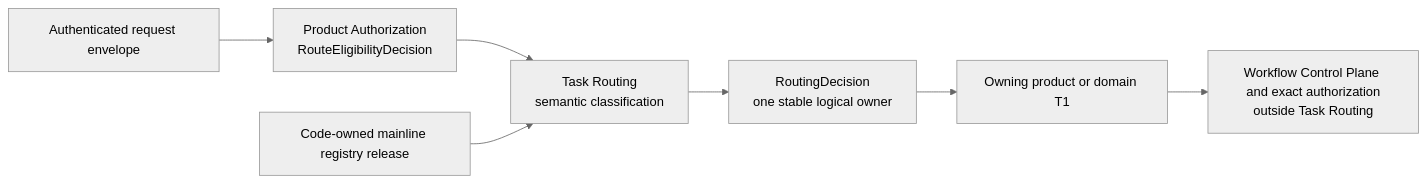
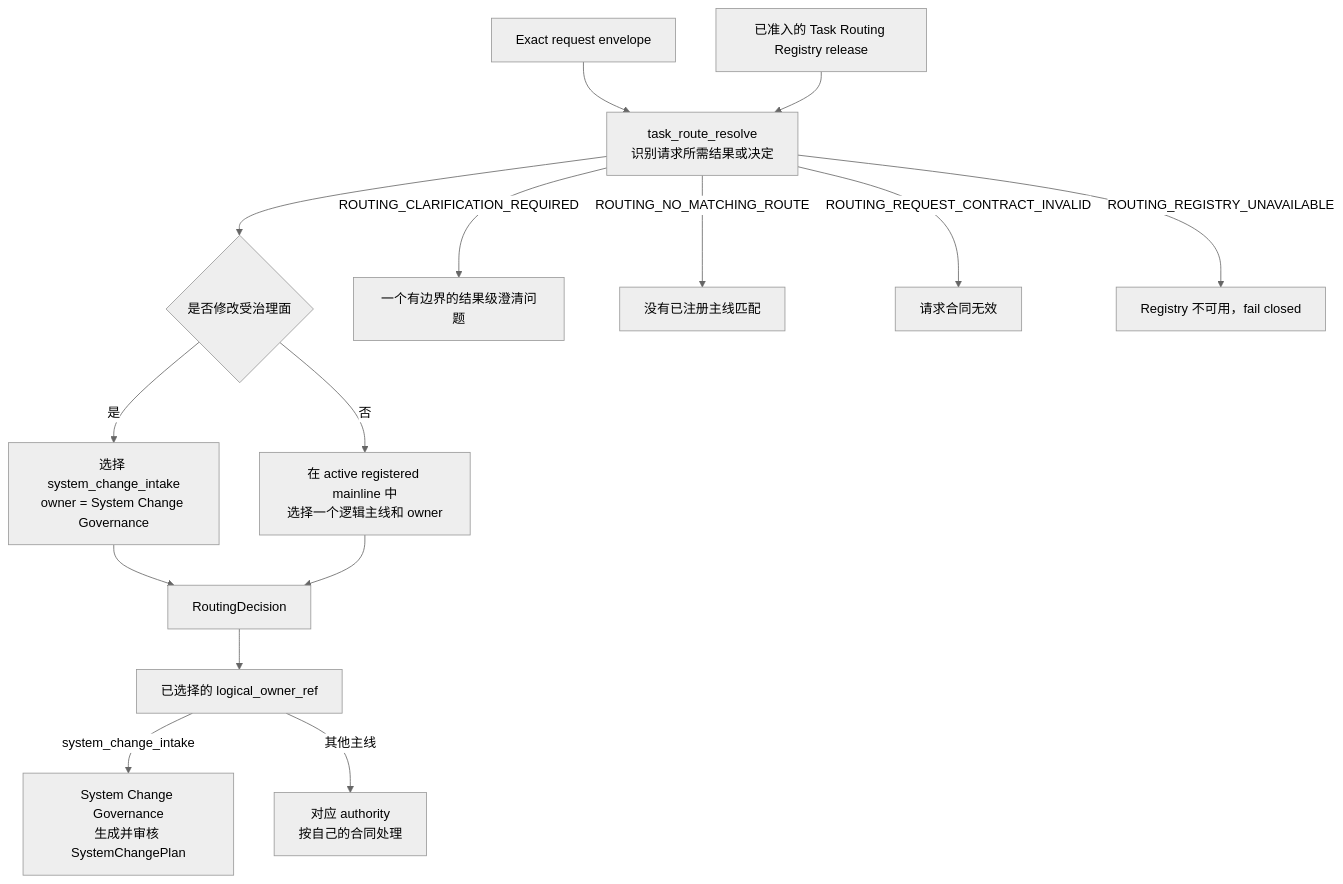
One commit to bobaoai/agent_runtime changed the first of 2 diagrams in designDoc/the_task_routing.md. Above: the diagram before and after it, drawn with Mermaid (neutral theme). The commit also changed other lines of this file and 195 other files, not shown here.

First line of the commit message:
chore: sync portable T0 governance release

````diff
--- a/designDoc/the_task_routing.md
+++ b/designDoc/the_task_routing.md
@@ -95,9 +81,17 @@
 ```mermaid
-flowchart LR
-    REQ["Authenticated request envelope"] --> AUTHZ["Product Authorization<br/>RouteEligibilityDecision"]
-    AUTHZ --> ROUTER["Task Routing<br/>semantic classification"]
-    REG["Code-owned mainline registry release"] --> ROUTER
-    ROUTER --> DEC["RoutingDecision<br/>one stable logical owner"]
-    DEC --> OWNER["Owning product or domain T1"]
-    OWNER --> CONTROL["Workflow Control Plane and exact authorization<br/>outside Task Routing"]
+flowchart TD
+    R["Exact request envelope"] --> T["task_route_resolve<br/>识别请求所需结果或决定"]
+    G["已准入的 Task Routing Registry release"] --> T
+    T --> M{"是否修改受治理面"}
+    M -->|是| S["选择 system_change_intake<br/>owner = System Change Governance"]
+    M -->|否| L["在 active registered mainline 中<br/>选择一个逻辑主线和 owner"]
+    S --> D["RoutingDecision"]
+    L --> D
+    D --> O["已选择的 logical_owner_ref"]
+    O -->|system_change_intake| P["System Change Governance<br/>生成并审核 SystemChangePlan"]
+    O -->|其他主线| H["对应 authority<br/>按自己的合同处理"]
+    T -->|ROUTING_CLARIFICATION_REQUIRED| C["一个有边界的结果级澄清问题"]
+    T -->|ROUTING_NO_MATCHING_ROUTE| N["没有已注册主线匹配"]
+    T -->|ROUTING_REQUEST_CONTRACT_INVALID| I["请求合同无效"]
+    T -->|ROUTING_REGISTRY_UNAVAILABLE| U["Registry 不可用，fail closed"]
 ```
````
